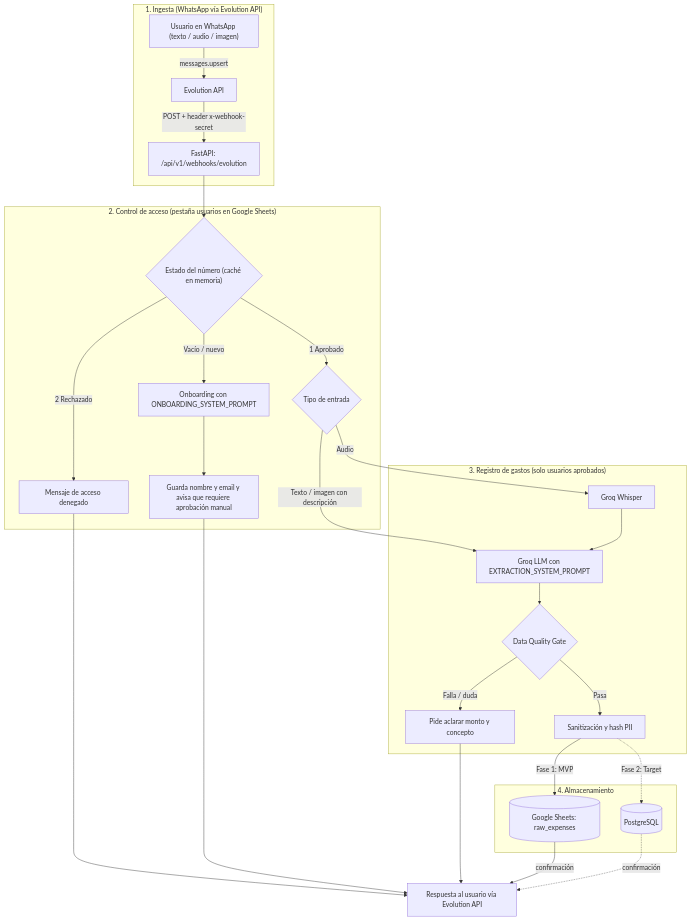
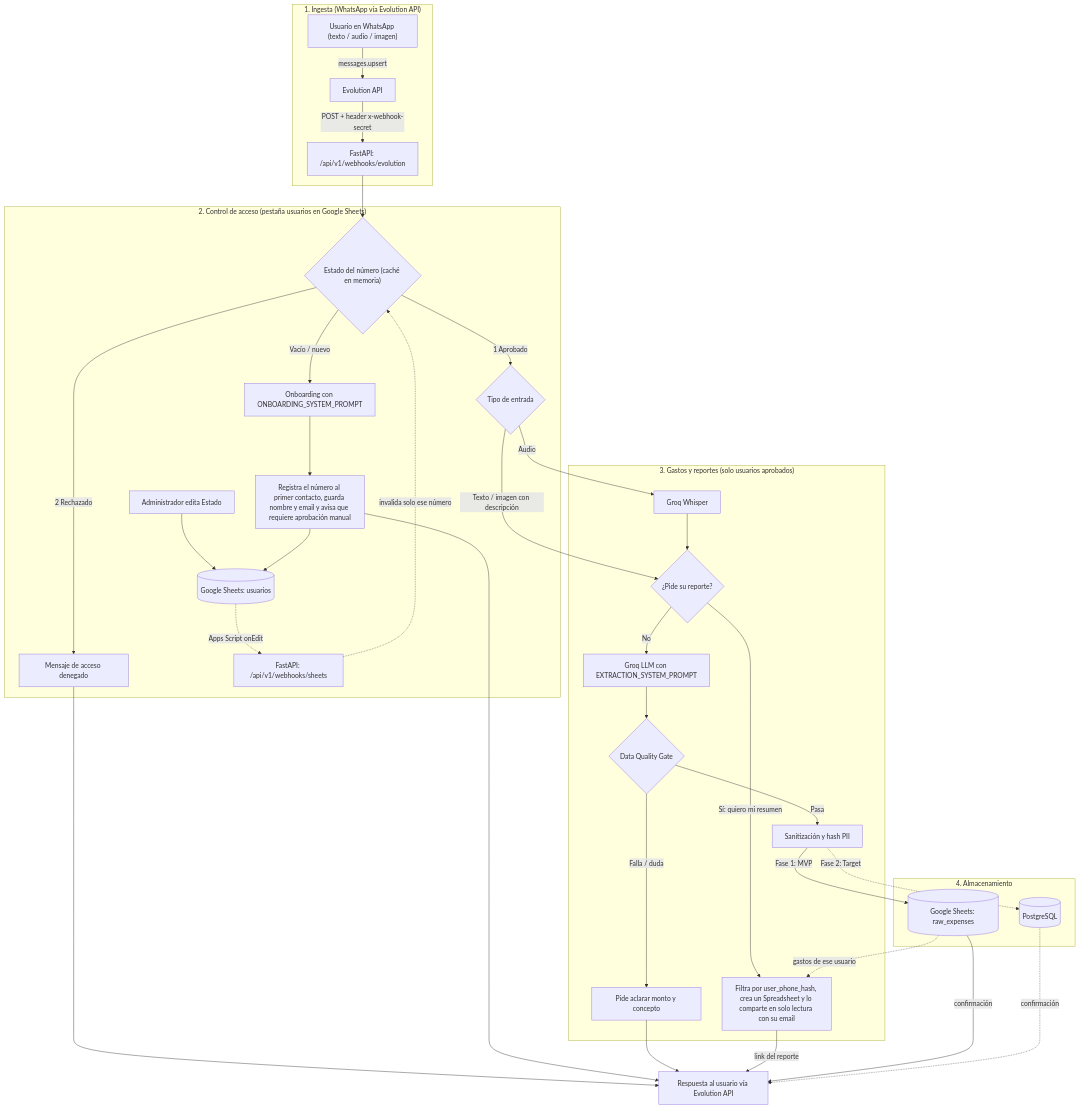
One commit to AndersonMauricio/Bot-de-Registro-Financiero changed the first of 2 diagrams in README.md. Above: the diagram before and after it, drawn with Mermaid. The commit also changed other lines of this file and 38 other files, not shown here.

````diff
--- a/README.md
+++ b/README.md
@@ -22,35 +22,43 @@
 ```mermaid
 flowchart TD
     subgraph Ingestion["1. Ingesta (WhatsApp vía Evolution API)"]
         WA["Usuario en WhatsApp (texto / audio / imagen)"] -->|"messages.upsert"| EVO["Evolution API"]
         EVO -->|"POST + header x-webhook-secret"| API["FastAPI: /api/v1/webhooks/evolution"]
     end
 
     subgraph Access["2. Control de acceso (pestaña usuarios en Google Sheets)"]
         API --> ROUTER{"Estado del número (caché en memoria)"}
         ROUTER -->|"2 Rechazado"| DENY["Mensaje de acceso denegado"]
         ROUTER -->|"Vacío / nuevo"| ONB["Onboarding con ONBOARDING_SYSTEM_PROMPT"]
-        ONB --> PEND["Guarda nombre y email y avisa que requiere aprobación manual"]
+        ONB --> PEND["Registra el número al primer contacto, guarda nombre y email y avisa que requiere aprobación manual"]
         ROUTER -->|"1 Aprobado"| INPUT{"Tipo de entrada"}
+        ADMIN["Administrador edita Estado"] --> USERS[("Google Sheets: usuarios")]
+        PEND --> USERS
+        USERS -.->|"Apps Script onEdit"| HOOK["FastAPI: /api/v1/webhooks/sheets"]
+        HOOK -.->|"invalida solo ese número"| ROUTER
     end
 
-    subgraph Expenses["3. Registro de gastos (solo usuarios aprobados)"]
+    subgraph Expenses["3. Gastos y reportes (solo usuarios aprobados)"]
         INPUT -->|"Audio"| WHISPER["Groq Whisper"]
-        INPUT -->|"Texto / imagen con descripción"| LLM["Groq LLM con EXTRACTION_SYSTEM_PROMPT"]
-        WHISPER --> LLM
+        INPUT -->|"Texto / imagen con descripción"| INTENT{"¿Pide su reporte?"}
+        WHISPER --> INTENT
+        INTENT -->|"No"| LLM["Groq LLM con EXTRACTION_SYSTEM_PROMPT"]
+        INTENT -->|"Sí: quiero mi resumen"| REPORT["Filtra por user_phone_hash, crea un Spreadsheet y lo comparte en solo lectura con su email"]
         LLM --> DQ{"Data Quality Gate"}
         DQ -->|"Falla / duda"| ASK["Pide aclarar monto y concepto"]
         DQ -->|"Pasa"| SANITIZE["Sanitización y hash PII"]
     end
 
     subgraph Storage["4. Almacenamiento"]
         SANITIZE -->|"Fase 1: MVP"| GS[("Google Sheets: raw_expenses")]
         SANITIZE -.->|"Fase 2: Target"| PG[("PostgreSQL")]
+        GS -.->|"gastos de ese usuario"| REPORT
     end
 
     DENY --> OUT["Respuesta al usuario vía Evolution API"]
     PEND --> OUT
     ASK --> OUT
+    REPORT -->|"link del reporte"| OUT
     GS -->|"confirmación"| OUT
     PG -.->|"confirmación"| OUT
 ```
````
